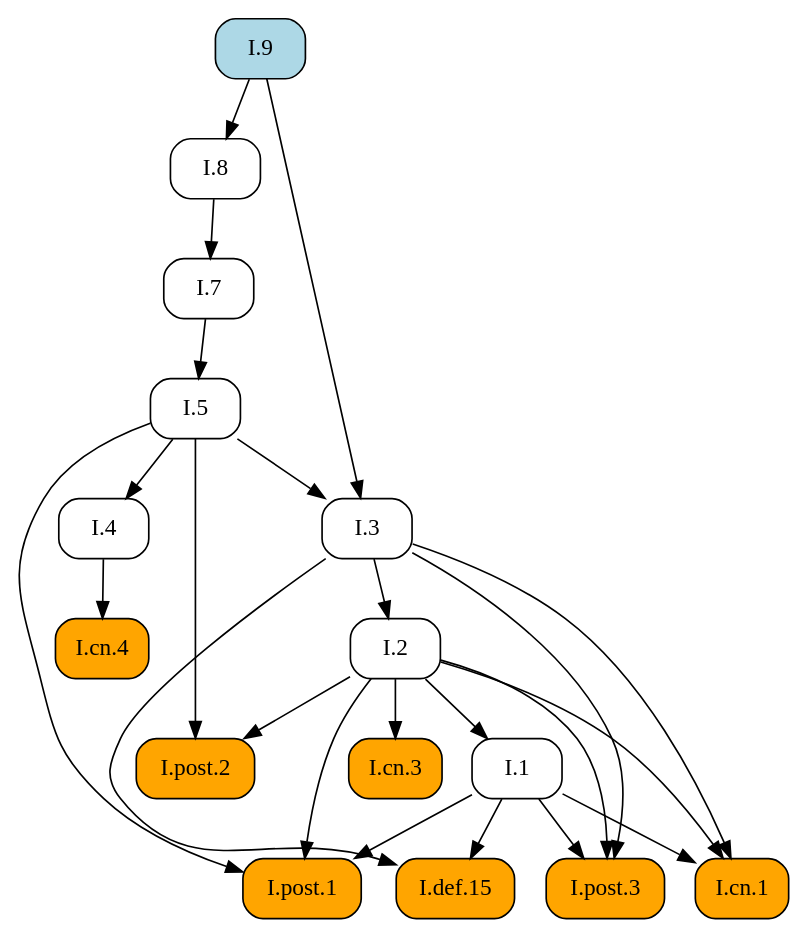
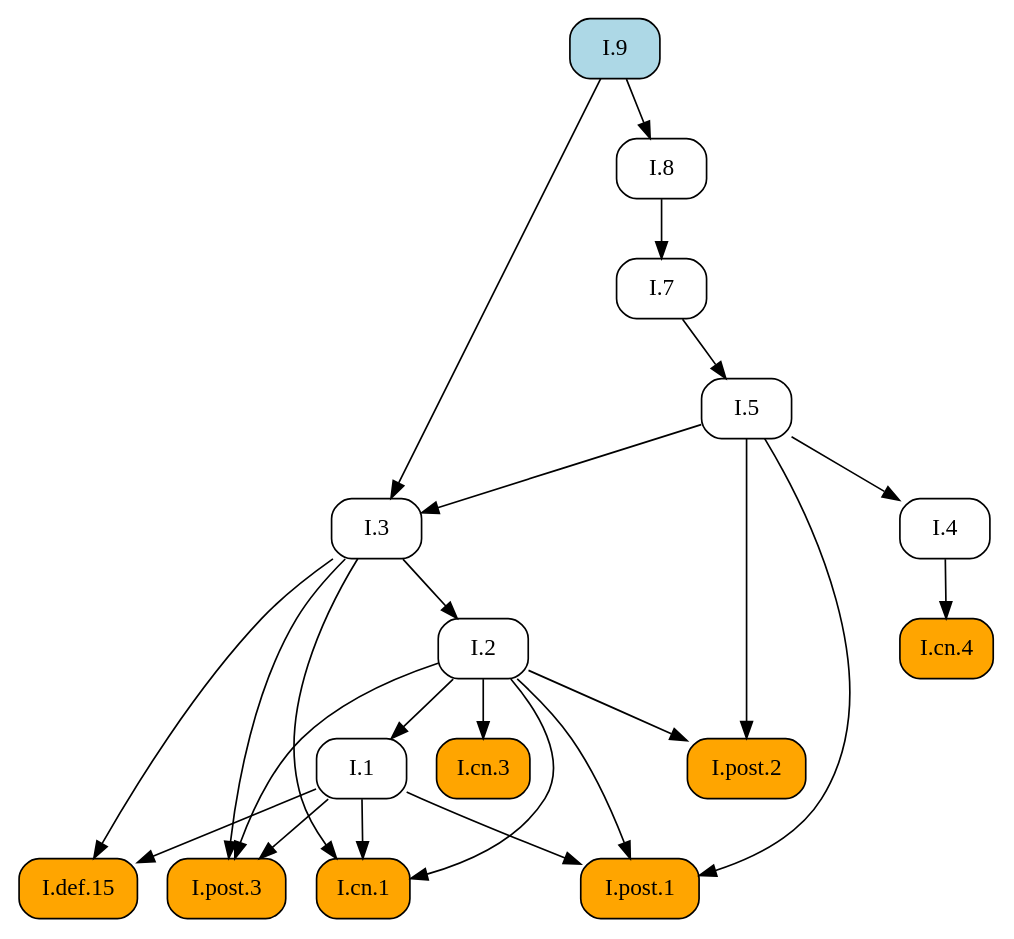
The diagram in docsrc/elements2/I/9/index.rst (geometor/elements), drawn with Graphviz before and after one commit. The commit also changed other lines of this file and 409 other files, not shown here.

First line of the commit message:
feat: Add image cropping and graphic extraction script

```diff
--- a/docsrc/elements2/I/9/index.rst
+++ b/docsrc/elements2/I/9/index.rst
@@ -45,44 +45,44 @@
 .. graphviz::
 
    digraph {
      rankdir="TB";
      node [shape=box, style=rounded];
+     "I.def.15" [style="rounded,filled", fillcolor=orange, URL="/elements2/I/def.15/", target="_top"];
+     "I.9" [style="rounded,filled", fillcolor=lightblue, URL="/elements2/I/9/", target="_top"];
+     "I.2" [URL="/elements2/I/2/", target="_top"];
      "I.8" [URL="/elements2/I/8/", target="_top"];
-     "I.2" [URL="/elements2/I/2/", target="_top"];
+     "I.post.1" [style="rounded,filled", fillcolor=orange, URL="/elements2/I/post.1/", target="_top"];
+     "I.post.2" [style="rounded,filled", fillcolor=orange, URL="/elements2/I/post.2/", target="_top"];
+     "I.3" [URL="/elements2/I/3/", target="_top"];
+     "I.5" [URL="/elements2/I/5/", target="_top"];
      "I.1" [URL="/elements2/I/1/", target="_top"];
      "I.cn.3" [style="rounded,filled", fillcolor=orange, URL="/elements2/I/cn.3/", target="_top"];
+     "I.cn.1" [style="rounded,filled", fillcolor=orange, URL="/elements2/I/cn.1/", target="_top"];
      "I.cn.4" [style="rounded,filled", fillcolor=orange, URL="/elements2/I/cn.4/", target="_top"];
-     "I.def.15" [style="rounded,filled", fillcolor=orange, URL="/elements2/I/def.15/", target="_top"];
      "I.4" [URL="/elements2/I/4/", target="_top"];
+     "I.post.3" [style="rounded,filled", fillcolor=orange, URL="/elements2/I/post.3/", target="_top"];
      "I.7" [URL="/elements2/I/7/", target="_top"];
-     "I.post.1" [style="rounded,filled", fillcolor=orange, URL="/elements2/I/post.1/", target="_top"];
-     "I.9" [style="rounded,filled", fillcolor=lightblue, URL="/elements2/I/9/", target="_top"];
-     "I.3" [URL="/elements2/I/3/", target="_top"];
-     "I.post.2" [style="rounded,filled", fillcolor=orange, URL="/elements2/I/post.2/", target="_top"];
-     "I.5" [URL="/elements2/I/5/", target="_top"];
-     "I.cn.1" [style="rounded,filled", fillcolor=orange, URL="/elements2/I/cn.1/", target="_top"];
-     "I.post.3" [style="rounded,filled", fillcolor=orange, URL="/elements2/I/post.3/", target="_top"];
-     "I.9" -> "I.8";
-     "I.3" -> "I.2";
-     "I.2" -> "I.1";
-     "I.2" -> "I.cn.3";
-     "I.4" -> "I.cn.4";
      "I.1" -> "I.def.15";
      "I.3" -> "I.def.15";
-     "I.5" -> "I.4";
-     "I.8" -> "I.7";
+     "I.3" -> "I.2";
+     "I.9" -> "I.8";
      "I.1" -> "I.post.1";
      "I.2" -> "I.post.1";
      "I.5" -> "I.post.1";
+     "I.2" -> "I.post.2";
+     "I.5" -> "I.post.2";
      "I.5" -> "I.3";
      "I.9" -> "I.3";
-     "I.2" -> "I.post.2";
-     "I.5" -> "I.post.2";
      "I.7" -> "I.5";
+     "I.2" -> "I.1";
+     "I.2" -> "I.cn.3";
      "I.1" -> "I.cn.1";
      "I.2" -> "I.cn.1";
      "I.3" -> "I.cn.1";
+     "I.4" -> "I.cn.4";
+     "I.5" -> "I.4";
      "I.1" -> "I.post.3";
      "I.2" -> "I.post.3";
      "I.3" -> "I.post.3";
+     "I.8" -> "I.7";
    }
```
